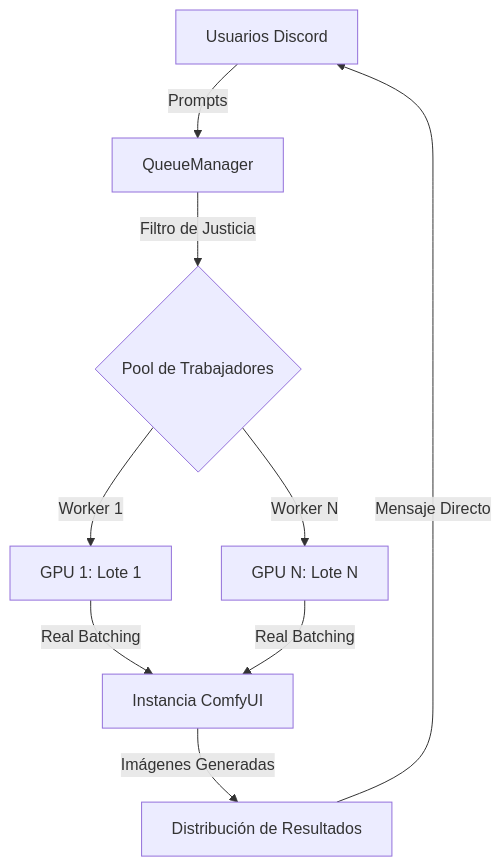
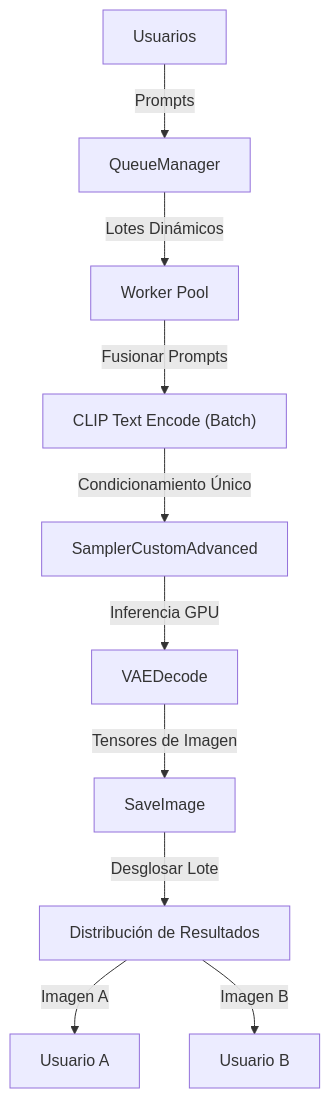
One commit to fulletLab/FuLLet-AI-Bot changed the diagram in README.es.md. Above: the diagram before and after it, drawn with Mermaid. The commit also changed other lines of this file and 2 other files, not shown here.

````diff
--- a/README.es.md
+++ b/README.es.md
@@ -24,11 +29,12 @@
 ```mermaid
 graph TD
-    A[Usuarios Discord] -->|Prompts| B[QueueManager]
-    B -->|Filtro de Justicia| C{Pool de Trabajadores}
-    C -->|Worker 1| D[GPU 1: Lote 1]
-    C -->|Worker N| E[GPU N: Lote N]
-    D -->|Real Batching| F[Instancia ComfyUI]
-    E -->|Real Batching| F
-    F -->|Imágenes Generadas| G[Distribución de Resultados]
-    G -->|Mensaje Directo| A
+    U[Usuarios] -->|Prompts| QM[QueueManager]
+    QM -->|Lotes Dinámicos| W[Worker Pool]
+    W -->|Fusionar Prompts| CTE["CLIP Text Encode (Batch)"]
+    CTE -->|Condicionamiento Único| KSA[SamplerCustomAdvanced]
+    KSA -->|Inferencia GPU| VAE[VAEDecode]
+    VAE -->|Tensores de Imagen| SI[SaveImage]
+    SI -->|Desglosar Lote| RD[Distribución de Resultados]
+    RD -->|Imagen A| UA[Usuario A]
+    RD -->|Imagen B| UB[Usuario B]
 ```
````
